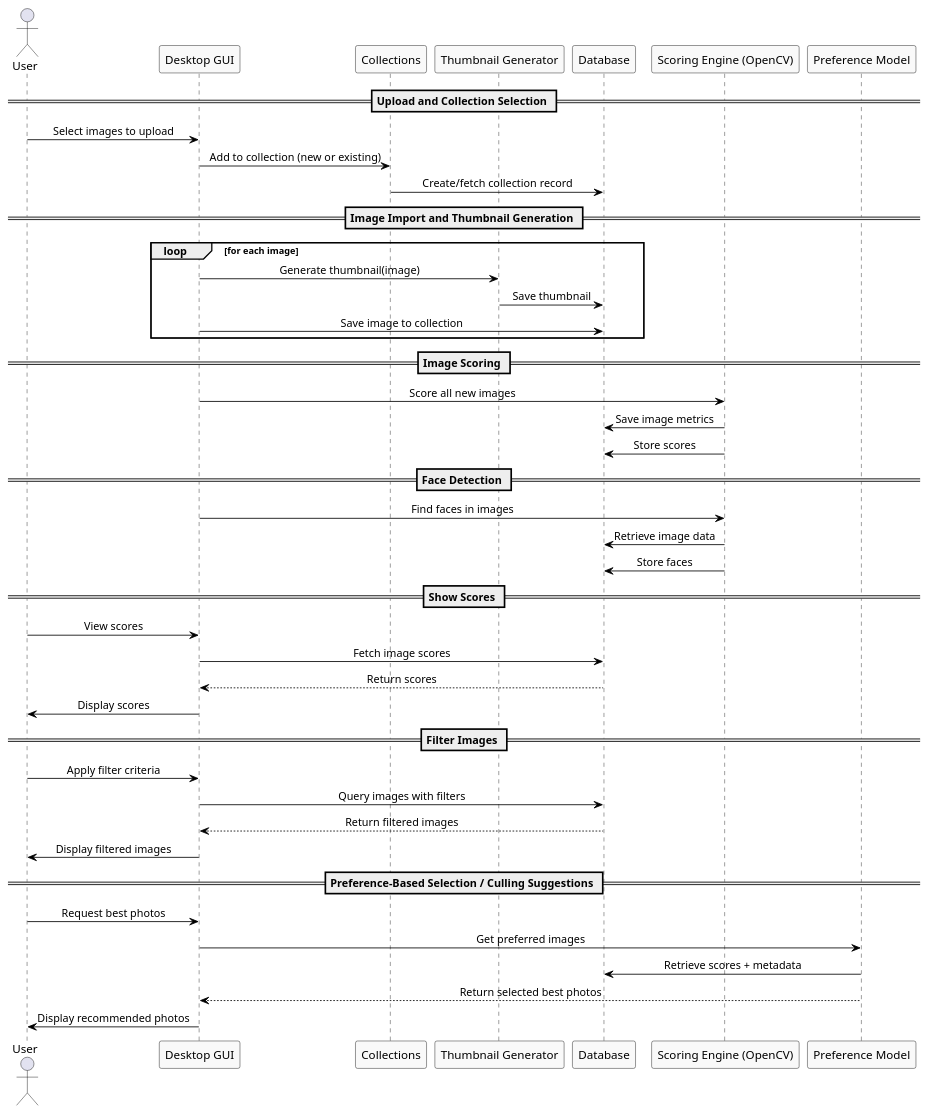
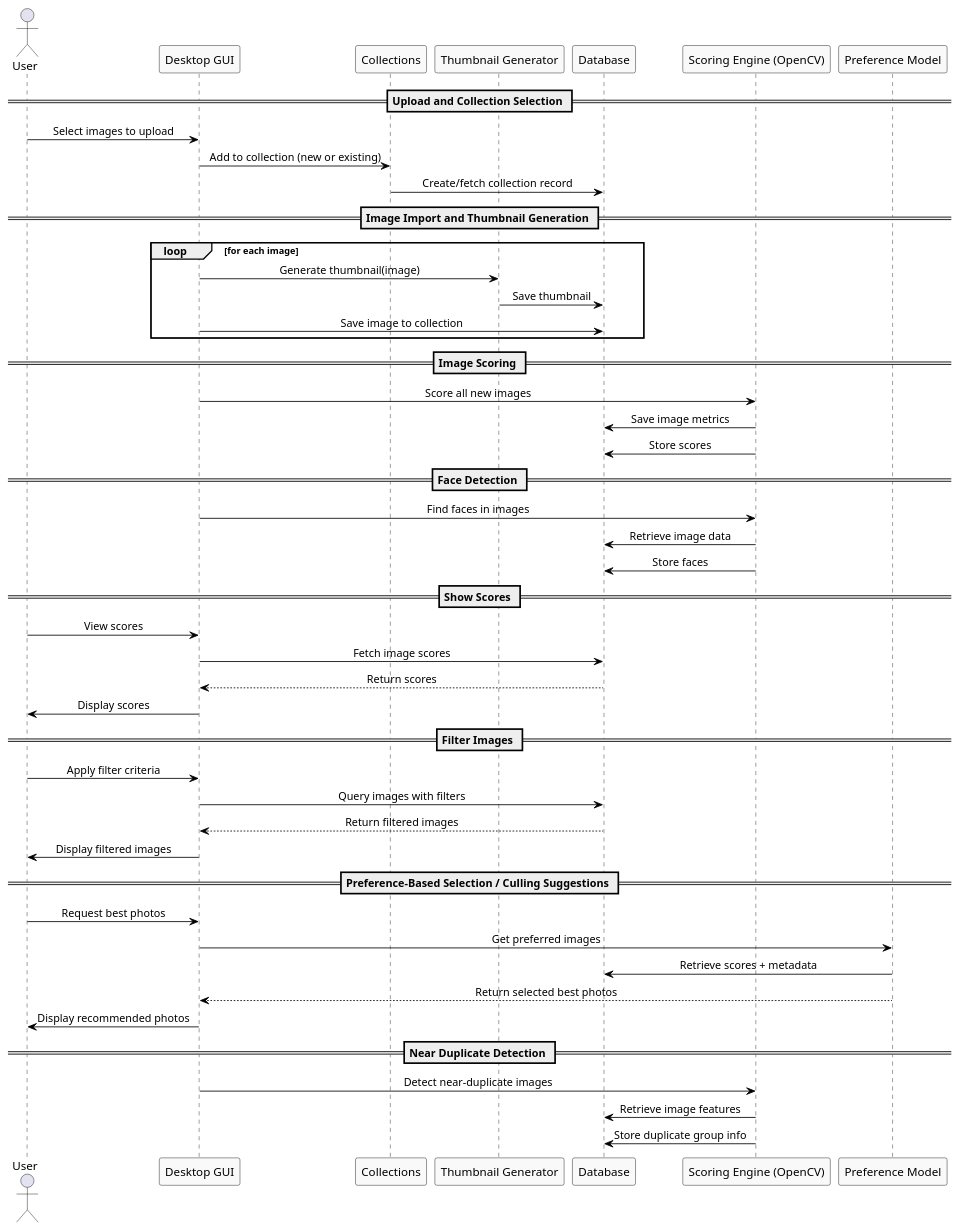
One commit to Manwithacape/COSC345---Group_11 changed the diagram in UML DIagrams/sequence.puml. Above: the diagram before and after it, drawn with PlantUML. The commit also changed 3 other files, not shown here.

```diff
--- a/UML DIagrams/sequence.puml
+++ b/UML DIagrams/sequence.puml
@@ -1,66 +1,72 @@
 @startuml
 skinparam style strict
 skinparam ArrowColor black
 skinparam ActorBorderColor black
 skinparam ParticipantBorderColor black
 skinparam ParticipantBackgroundColor #F9F9F9
 skinparam SequenceMessageAlign center
 
 actor User
 participant "Desktop GUI" as GUI
 participant "Collections" as CM
 participant "Thumbnail Generator" as TG
 participant "Database" as DB
 participant "Scoring Engine (OpenCV)" as SE
 participant "Preference Model" as PM
 
 == Upload and Collection Selection ==
 
 User -> GUI : Select images to upload
 GUI -> CM : Add to collection (new or existing)
 CM -> DB : Create/fetch collection record
 
 == Image Import and Thumbnail Generation ==
 
 loop for each image
     GUI -> TG : Generate thumbnail(image)
     TG -> DB : Save thumbnail
     
     GUI -> DB : Save image to collection
 end
 
 == Image Scoring ==
 
 GUI -> SE : Score all new images
 SE -> DB : Save image metrics
 SE -> DB : Store scores
 
 == Face Detection ==
 
 GUI -> SE : Find faces in images
 SE -> DB : Retrieve image data
 SE -> DB : Store faces
 
 == Show Scores ==
 
 User -> GUI : View scores
 GUI -> DB : Fetch image scores
 DB --> GUI : Return scores
 GUI -> User : Display scores
 
 == Filter Images ==
 
 User -> GUI : Apply filter criteria
 GUI -> DB : Query images with filters
 DB --> GUI : Return filtered images
 GUI -> User : Display filtered images
 
 == Preference-Based Selection / Culling Suggestions ==
 
 User -> GUI : Request best photos
 GUI -> PM : Get preferred images
 PM -> DB : Retrieve scores + metadata
 PM --> GUI : Return selected best photos
 GUI -> User : Display recommended photos
 
+== Near Duplicate Detection ==
+
+GUI -> SE : Detect near-duplicate images
+SE -> DB : Retrieve image features
+SE -> DB : Store duplicate group info
+
 @enduml
```
